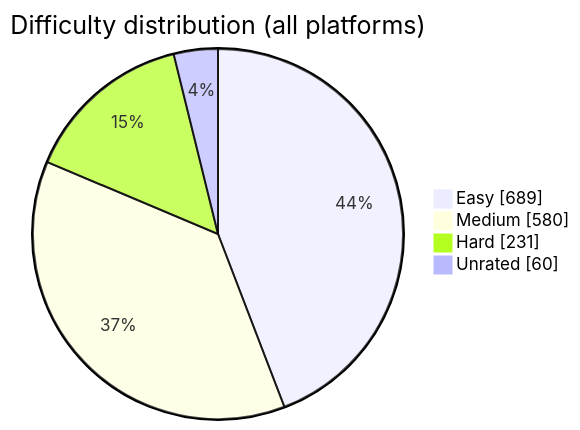
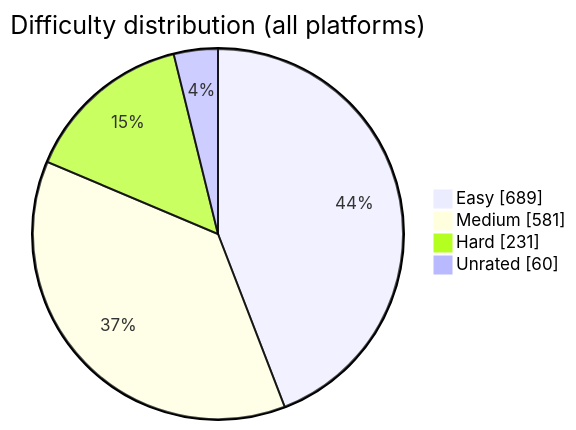
The diagram in README.md (BuildbyArindam/Daily-Coding-Log), drawn with Mermaid before and after one commit. The commit also changed other lines of this file, not shown here.

````diff
--- a/README.md
+++ b/README.md
@@ -93,7 +93,7 @@
 ```mermaid
 pie showData title Difficulty distribution (all platforms)
     "Easy" : 689
-    "Medium" : 580
+    "Medium" : 581
     "Hard" : 231
     "Unrated" : 60
 ```
````
